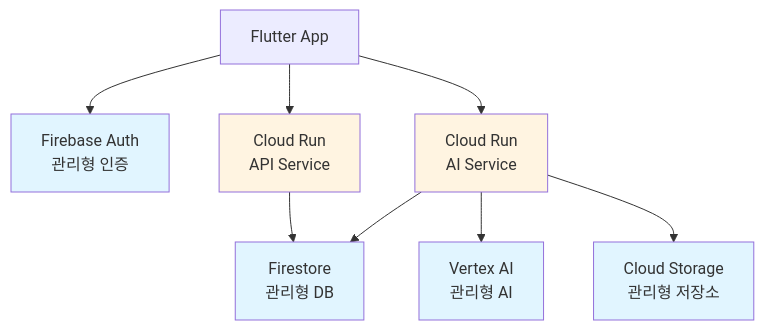
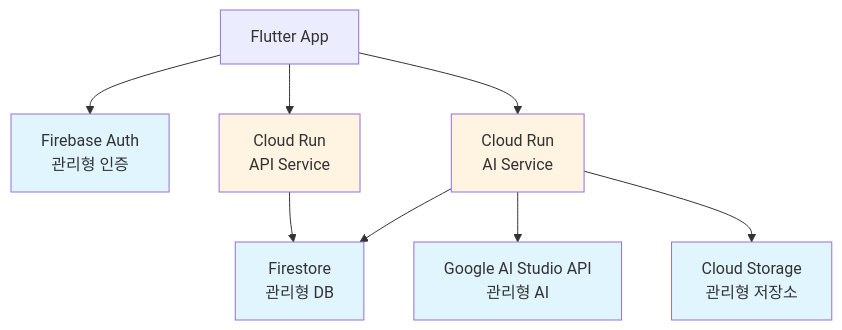
Before and after one commit to lmmj1221/senior_mhealth_lecture: diagram 34 of 54 in docs/backend.md, drawn with Mermaid. The commit also changed other lines of this file and 7 other files, not shown here.

First line of the commit message:
docs: Update references from Vertex AI to Google AI Studio API

````diff
--- a/docs/backend.md
+++ b/docs/backend.md
@@ -3175,18 +3175,18 @@
 ```mermaid
 graph TB
     A[Flutter App] --> B[Firebase Auth<br/>관리형 인증]
     A --> C[Cloud Run<br/>API Service]
     A --> D[Cloud Run<br/>AI Service]
 
     C --> E[Firestore<br/>관리형 DB]
     D --> E
-    D --> F[Vertex AI<br/>관리형 AI]
+    D --> F[Google AI Studio API<br/>관리형 AI]
     D --> G[Cloud Storage<br/>관리형 저장소]
 
     style B fill:#e1f5ff
     style C fill:#fff4e1
     style D fill:#fff4e1
     style E fill:#e1f5ff
     style F fill:#e1f5ff
     style G fill:#e1f5ff
 ```
````
